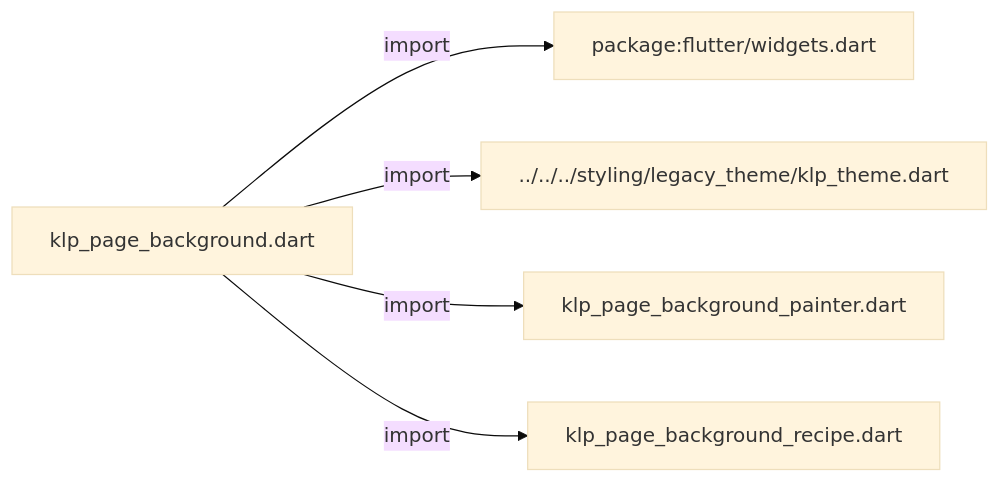
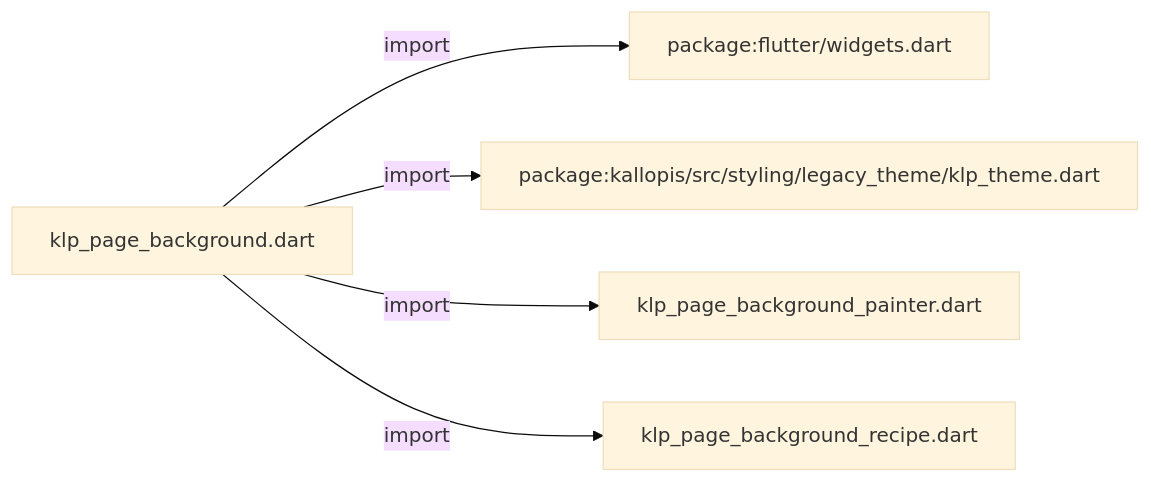
Before and after one commit to MiuDog/Kallopis: the first of 3 diagrams in docs/architecture/src/foundation/surface/page_background/klp_page_background.md, drawn with Mermaid (base theme). The commit also changed other lines of this file and 9688 other files, not shown here.

Commit message:
Prepare isolated Flow F2 peer baseline

````diff
--- a/docs/architecture/src/foundation/surface/page_background/klp_page_background.md
+++ b/docs/architecture/src/foundation/surface/page_background/klp_page_background.md
@@ -11,12 +11,12 @@
 ```mermaid
 flowchart LR
 	n0["klp_page_background.dart"]
 	n1["package:flutter/widgets.dart"]
-	n2["../../../styling/legacy_theme/klp_theme.dart"]
+	n2["package:kallopis/src/styling/legacy_theme/klp_theme.dart"]
 	n3["klp_page_background_painter.dart"]
 	n4["klp_page_background_recipe.dart"]
 	n0 -->|"import"| n1
 	n0 -->|"import"| n2
 	n0 -->|"import"| n3
 	n0 -->|"import"| n4
 ```
````
